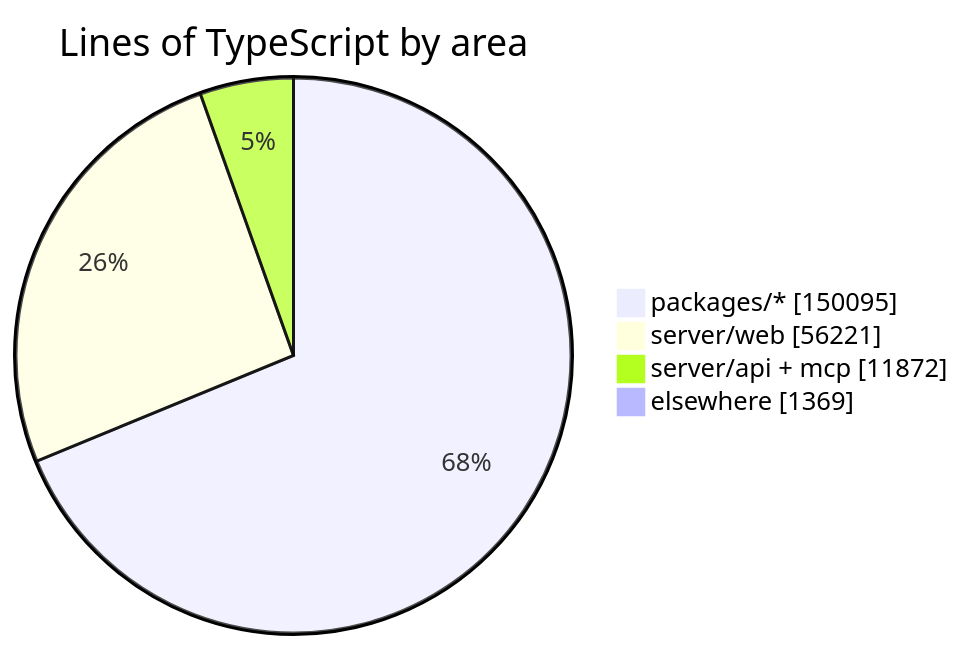
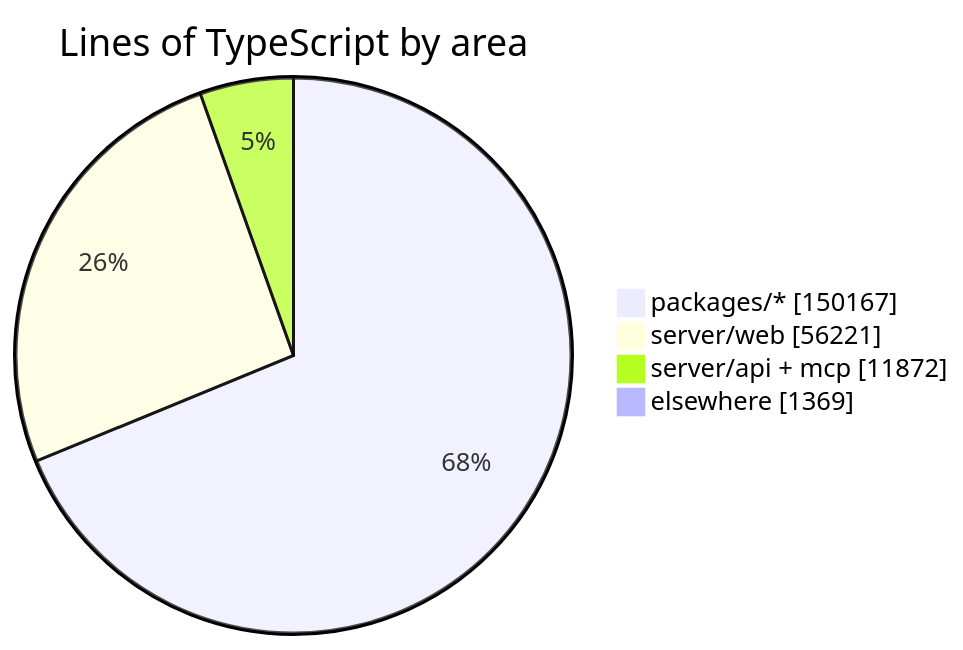
One commit to crossworks-engineering/mantle changed the diagram in README.md. Above: the diagram before and after it, drawn with Mermaid. The commit also changed other lines of this file and 2 other files, not shown here.

````diff
--- a/README.md
+++ b/README.md
@@ -279,7 +279,7 @@
 ```mermaid
 pie showData title Lines of TypeScript by area
-    "packages/*" : 150095
+    "packages/*" : 150167
     "server/web" : 56221
     "server/api + mcp" : 11872
     "elsewhere" : 1369
 ```
````
